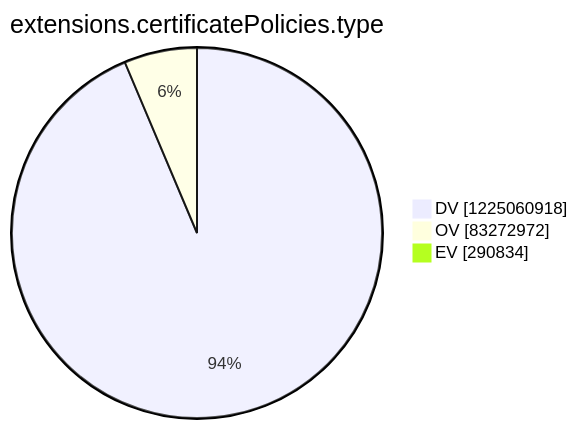
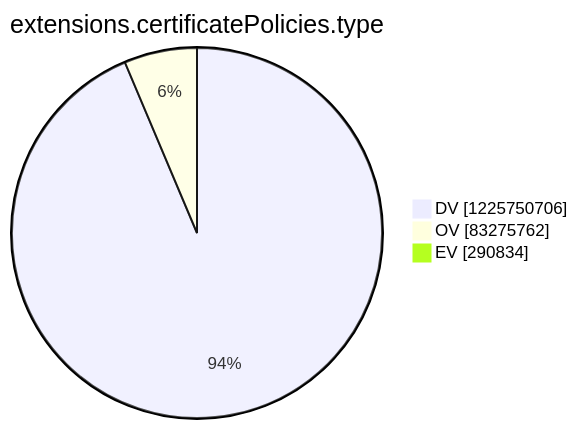
The tenth of 15 diagrams in argon2022/README.md (christiankrug/ctmonitor_visualization), drawn with Mermaid before and after one commit. The commit also changed other lines of this file, not shown here.

````diff
--- a/argon2022/README.md
+++ b/argon2022/README.md
@@ -2770,7 +2770,7 @@
 ```mermaid
 pie showData
 title extensions.certificatePolicies.type
-"DV" :1225060918
-"OV" :83272972
+"DV" :1225750706
+"OV" :83275762
 "EV" :290834
 ```
````
